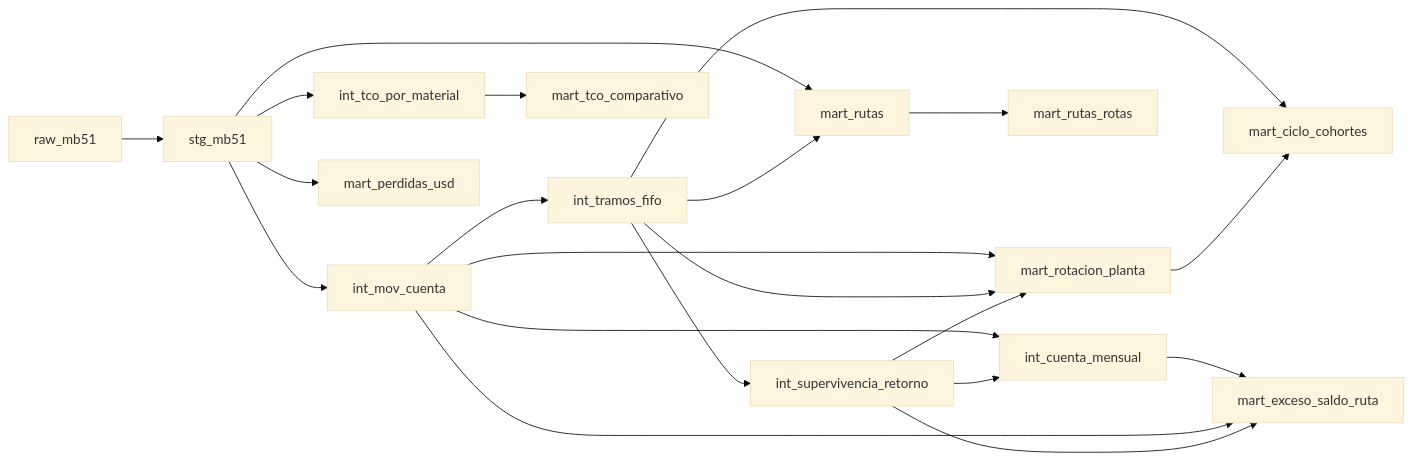
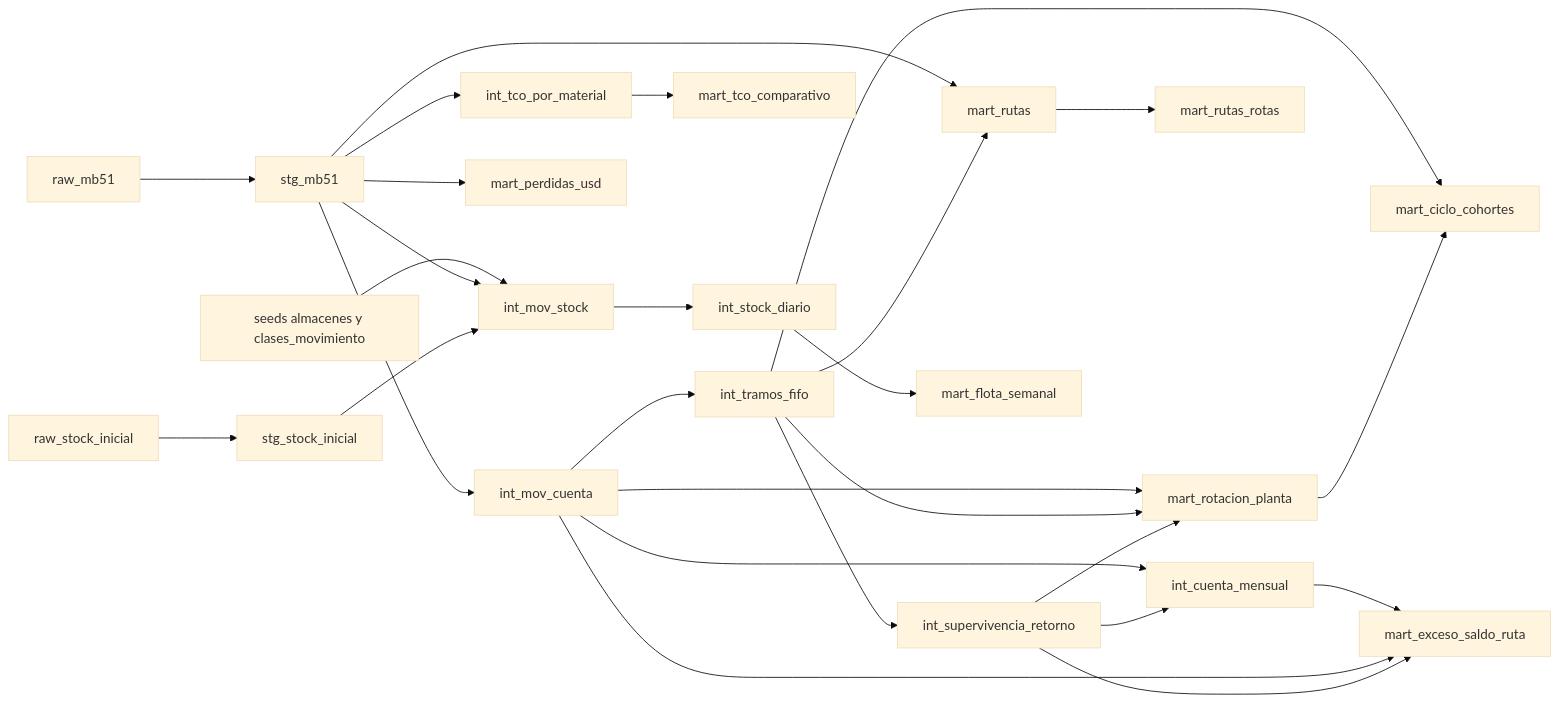
One commit to juancarlospradologistica-hub/returnable-packaging-intelligence changed the second of 3 diagrams in README.md. Above: the diagram before and after it, drawn with Mermaid (base theme). The commit also changed other lines of this file and 1 other file, not shown here.

Commit message:
README con la flota de Fase 3a y su test de cuadre

````diff
--- a/README.md
+++ b/README.md
@@ -44,23 +44,29 @@
 ```mermaid
 flowchart LR
     raw[raw_mb51] --> stg[stg_mb51]
+    rawsi[raw_stock_inicial] --> stgsi[stg_stock_inicial]
     stg --> mov[int_mov_cuenta]
     stg --> tcoi[int_tco_por_material]
     stg --> perd[mart_perdidas_usd]
     stg --> mrutas[mart_rutas]
     mov --> fifo[int_tramos_fifo]
     fifo --> sup[int_supervivencia_retorno]
     mov --> cuenta[int_cuenta_mensual]
     sup --> cuenta
     fifo --> mrutas
     mrutas --> rutas[mart_rutas_rotas]
     mov --> rot[mart_rotacion_planta]
     fifo --> rot
     sup --> rot
     fifo --> ciclo[mart_ciclo_cohortes]
     rot --> ciclo
     cuenta --> exceso[mart_exceso_saldo_ruta]
     mov --> exceso
     sup --> exceso
     tcoi --> tco[mart_tco_comparativo]
+    seeds[seeds almacenes y clases_movimiento] --> movs[int_mov_stock]
+    stg --> movs
+    stgsi --> movs
+    movs --> diario[int_stock_diario]
+    diario --> flota[mart_flota_semanal]
 ```
````
